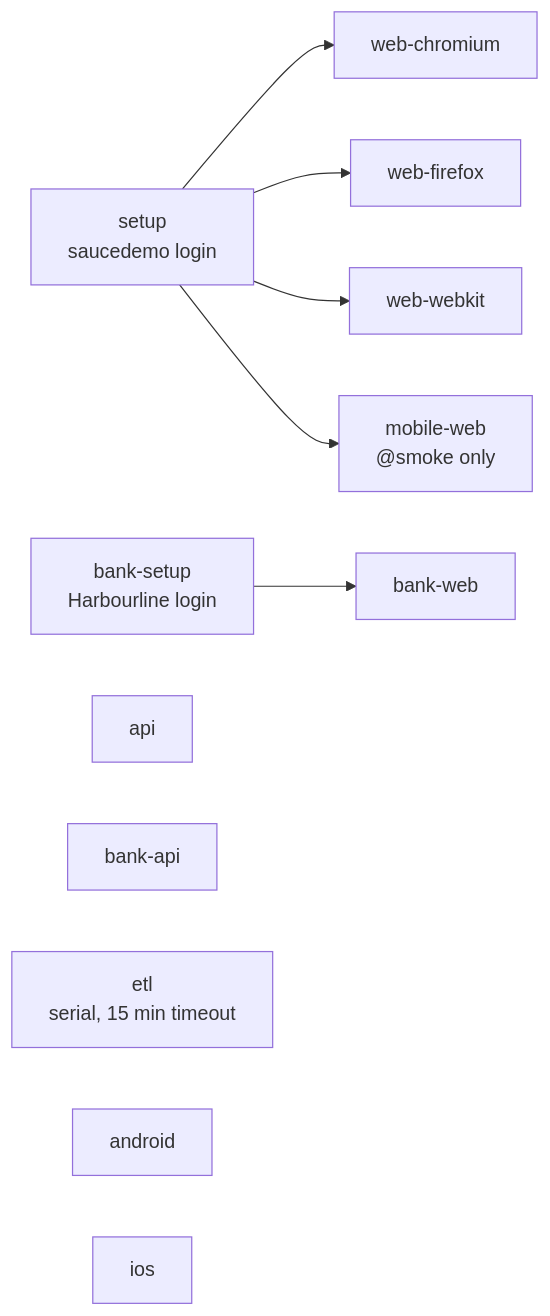
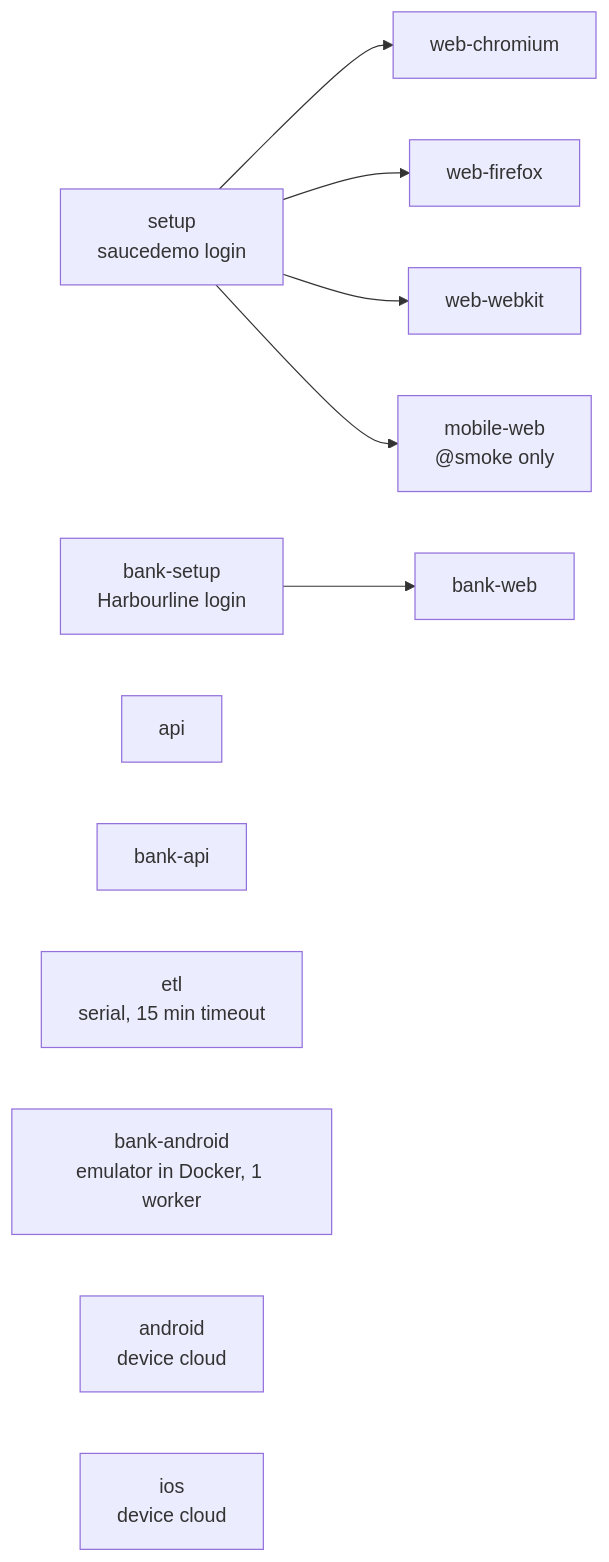
One commit to robindraec09/unified-automation-framework changed the third of 14 diagrams in docs/ARCHITECTURE.md. Above: the diagram before and after it, drawn with Mermaid. The commit also changed other lines of this file and 42 other files, not shown here.

````diff
--- a/docs/ARCHITECTURE.md
+++ b/docs/ARCHITECTURE.md
@@ -115,10 +116,11 @@
 ```mermaid
 flowchart LR
   setup["setup<br/>saucedemo login"] --> webc["web-chromium"] & webf["web-firefox"] & webw["web-webkit"] & mweb["mobile-web<br/>@smoke only"]
   bsetup["bank-setup<br/>Harbourline login"] --> bweb["bank-web"]
   api["api"]
   bapi["bank-api"]
   etl["etl<br/>serial, 15 min timeout"]
-  android["android"]
-  ios["ios"]
+  bandroid["bank-android<br/>emulator in Docker, 1 worker"]
+  android["android<br/>device cloud"]
+  ios["ios<br/>device cloud"]
 ```
````
